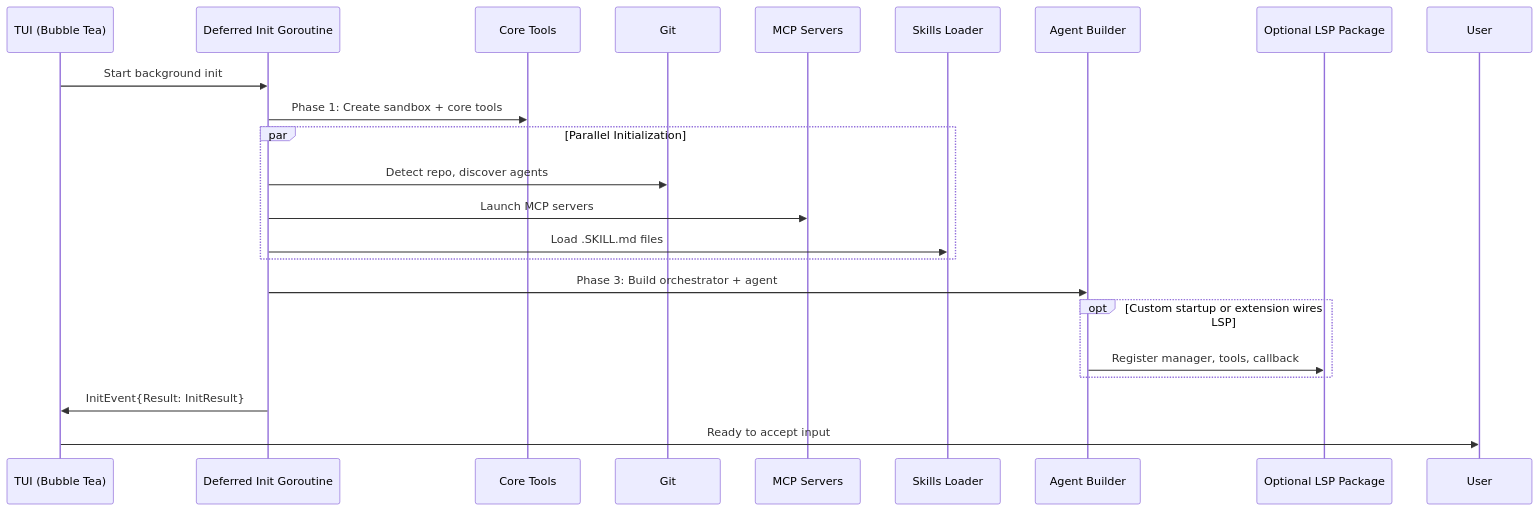
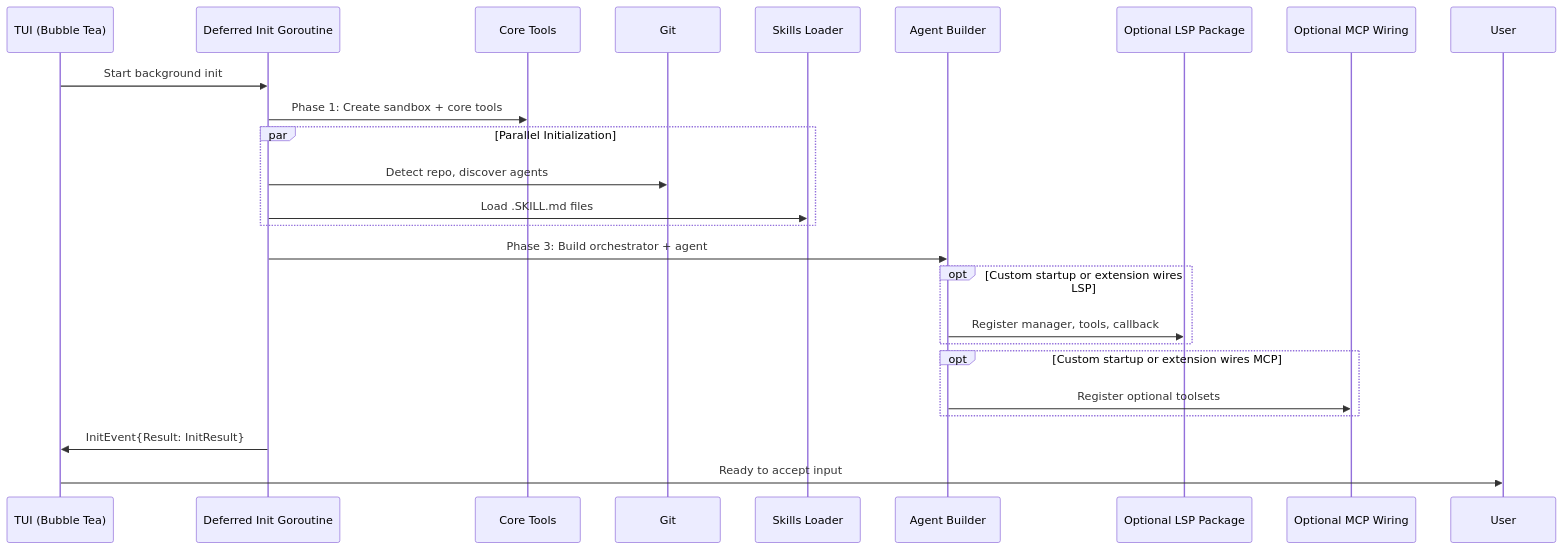
The eighth of 14 diagrams in ARCHITECTURE.md (Pizzaface/pi-go), drawn with Mermaid before and after one commit. The commit also changed other lines of this file and 8 other files, not shown here.

Commit message:
refactor: remove MCP from default startup

````diff
--- a/ARCHITECTURE.md
+++ b/ARCHITECTURE.md
@@ -378,25 +379,27 @@
 ```mermaid
 sequenceDiagram
     participant TUI as TUI (Bubble Tea)
     participant Init as Deferred Init Goroutine
     participant Tools as Core Tools
     participant Git as Git
-    participant MCP as MCP Servers
     participant Skills as Skills Loader
     participant Agent as Agent Builder
     participant LSP as Optional LSP Package
+    participant MCP as Optional MCP Wiring
 
     TUI->>Init: Start background init
     Init->>Tools: Phase 1: Create sandbox + core tools
     par Parallel Initialization
         Init->>Git: Detect repo, discover agents
-        Init->>MCP: Launch MCP servers
         Init->>Skills: Load .SKILL.md files
     end
     Init->>Agent: Phase 3: Build orchestrator + agent
     opt Custom startup or extension wires LSP
         Agent->>LSP: Register manager, tools, callback
     end
+    opt Custom startup or extension wires MCP
+        Agent->>MCP: Register optional toolsets
+    end
     Init->>TUI: InitEvent{Result: InitResult}
     TUI->>User: Ready to accept input
 ```
````
